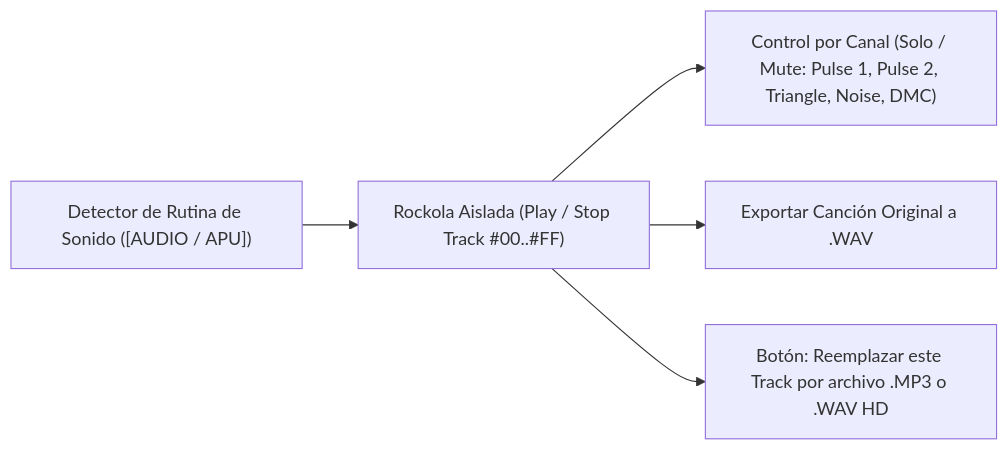
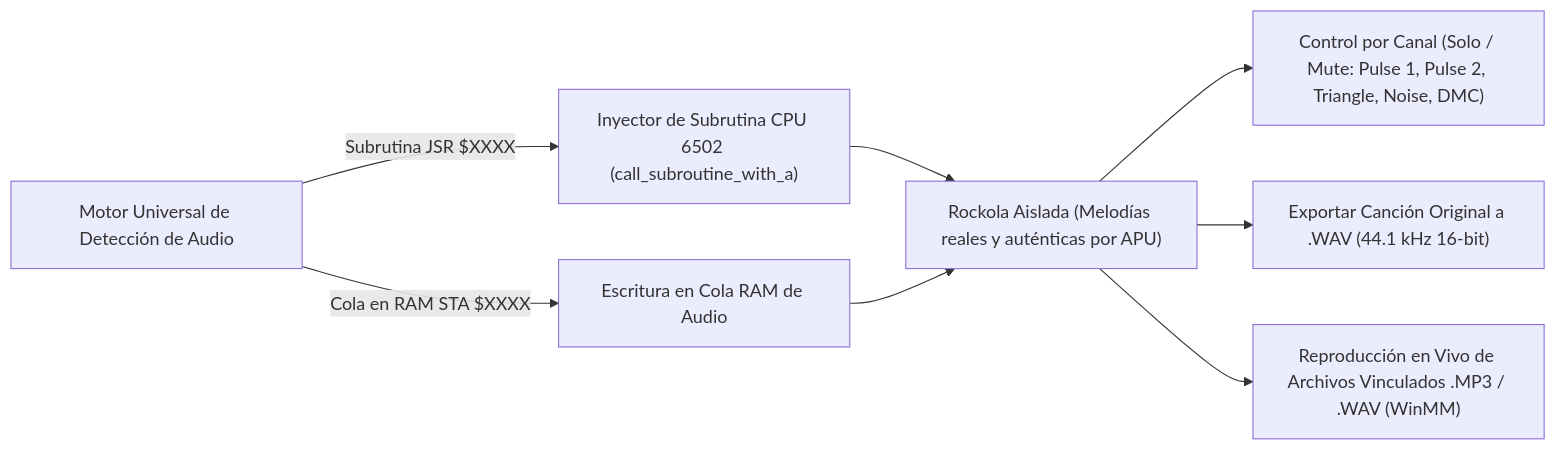
The third of 6 diagrams in PLAN_IMPLEMENTACION.md (iztaneo/NesGameStudio), drawn with Mermaid before and after one commit. The commit also changed other lines of this file and 11 other files, not shown here.

Commit message:
Implement NGS Graphic Asset Inspector 2.2 (Phases G0-G6: Workspace Generator, 4-Panel OAM UI, AutoMemoryMapper & Extended HD Bank)

````diff
--- a/PLAN_IMPLEMENTACION.md
+++ b/PLAN_IMPLEMENTACION.md
@@ -123,7 +123,10 @@
 ```mermaid
 flowchart LR
-    A["Detector de Rutina de Sonido ([AUDIO / APU])"] --> B["Rockola Aislada (Play / Stop Track #00..#FF)"]
-    B --> C["Control por Canal (Solo / Mute: Pulse 1, Pulse 2, Triangle, Noise, DMC)"]
-    B --> D["Exportar Canción Original a .WAV"]
-    B --> E["Botón: Reemplazar este Track por archivo .MP3 o .WAV HD"]
+    A["Motor Universal de Detección de Audio"] -->|Subrutina JSR $XXXX| B1["Inyector de Subrutina CPU 6502 (call_subroutine_with_a)"]
+    A -->|Cola en RAM STA $XXXX| B2["Escritura en Cola RAM de Audio"]
+    B1 --> C["Rockola Aislada (Melodías reales y auténticas por APU)"]
+    B2 --> C
+    C --> D["Control por Canal (Solo / Mute: Pulse 1, Pulse 2, Triangle, Noise, DMC)"]
+    C --> E["Exportar Canción Original a .WAV (44.1 kHz 16-bit)"]
+    C --> F["Reproducción en Vivo de Archivos Vinculados .MP3 / .WAV (WinMM)"]
 ```
````
